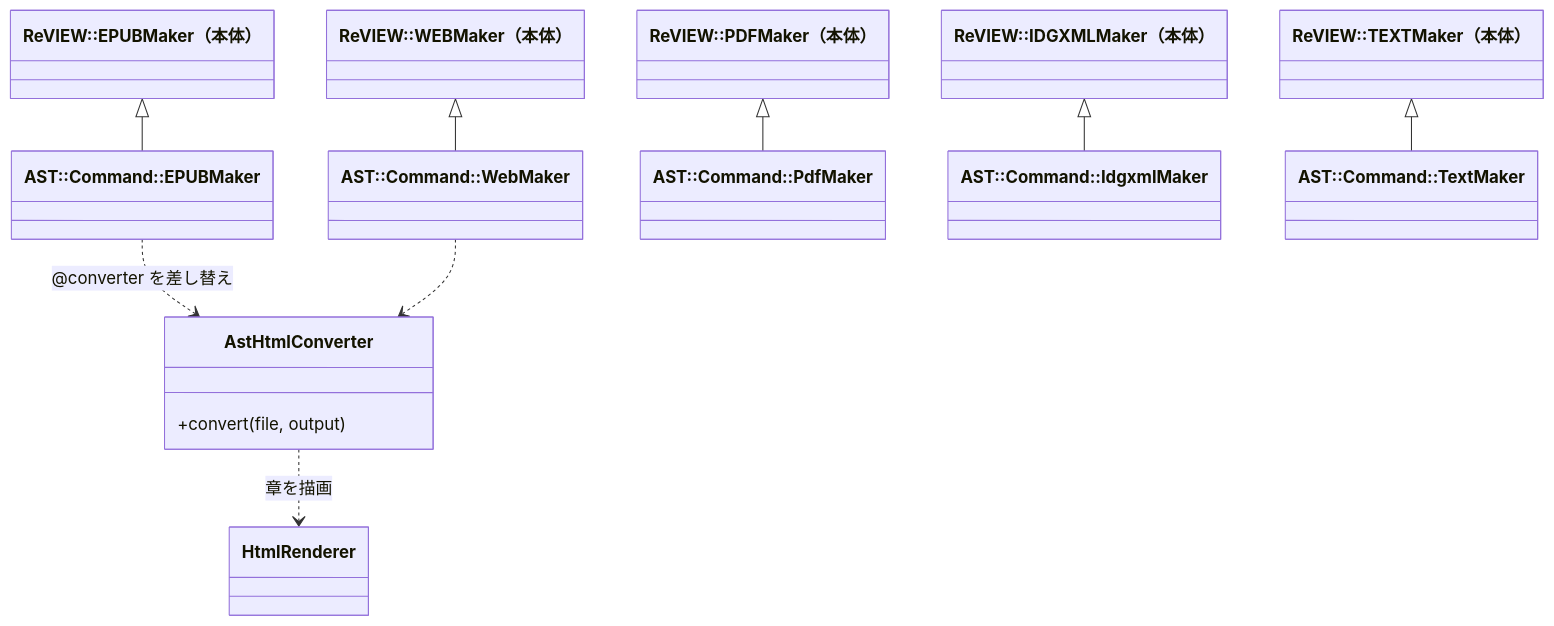
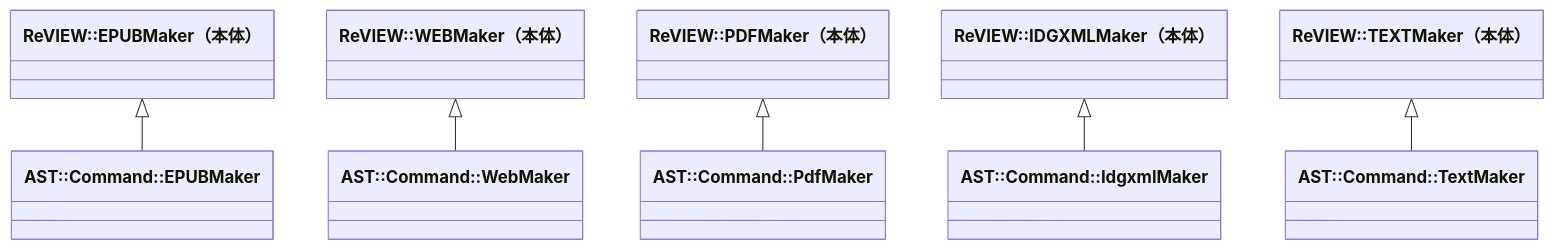
The fifth of 5 diagrams in doc/review-ast-architecture.ja.md (takahashim/review-ast), drawn with Mermaid before and after one commit. The commit also changed other lines of this file, not shown here.

First line of the commit message:
docs: correct architecture doc to reflect real coupling with review core

````diff
--- a/doc/review-ast-architecture.ja.md
+++ b/doc/review-ast-architecture.ja.md
@@ -196,27 +244,20 @@
 ```mermaid
 classDiagram
   class ReviewEPUBMaker["ReVIEW::EPUBMaker（本体）"]
   class ReviewWEBMaker["ReVIEW::WEBMaker（本体）"]
   class ReviewPDFMaker["ReVIEW::PDFMaker（本体）"]
   class ReviewIDGXMLMaker["ReVIEW::IDGXMLMaker（本体）"]
   class ReviewTEXTMaker["ReVIEW::TEXTMaker（本体）"]
 
   class AstEPUBMaker["AST::Command::EPUBMaker"]
   class AstWebMaker["AST::Command::WebMaker"]
   class AstPdfMaker["AST::Command::PdfMaker"]
   class AstIdgxmlMaker["AST::Command::IdgxmlMaker"]
   class AstTextMaker["AST::Command::TextMaker"]
 
   ReviewEPUBMaker <|-- AstEPUBMaker
   ReviewWEBMaker <|-- AstWebMaker
   ReviewPDFMaker <|-- AstPdfMaker
   ReviewIDGXMLMaker <|-- AstIdgxmlMaker
   ReviewTEXTMaker <|-- AstTextMaker
-
-  class AstHtmlConverter {
-    +convert(file, output)
-  }
-  AstEPUBMaker ..> AstHtmlConverter : @converter を差し替え
-  AstWebMaker ..> AstHtmlConverter
-  AstHtmlConverter ..> HtmlRenderer : 章を描画
 ```
````
